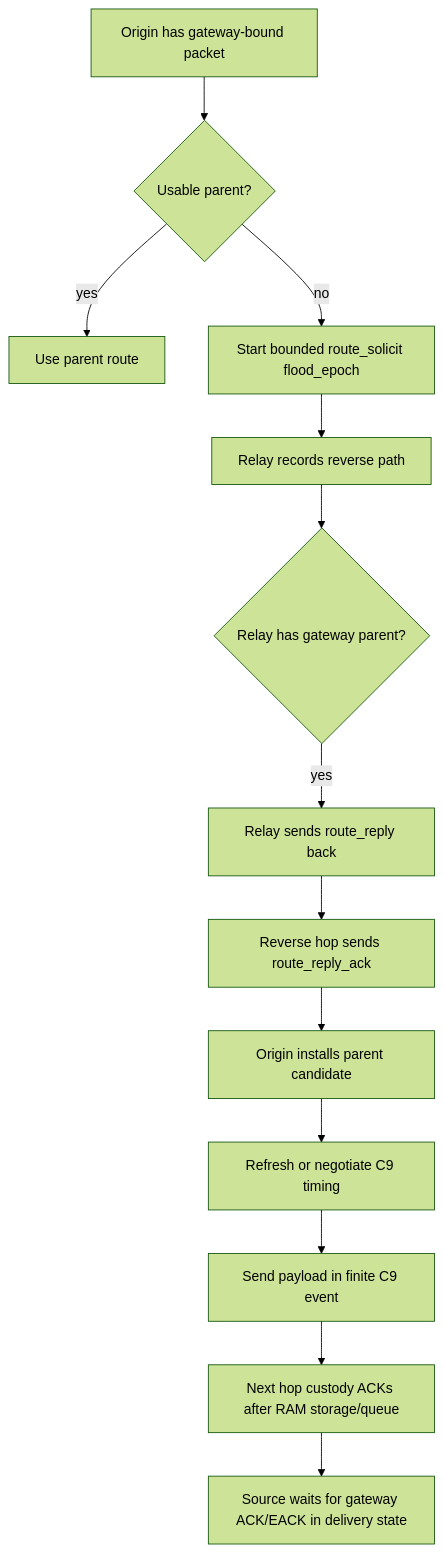
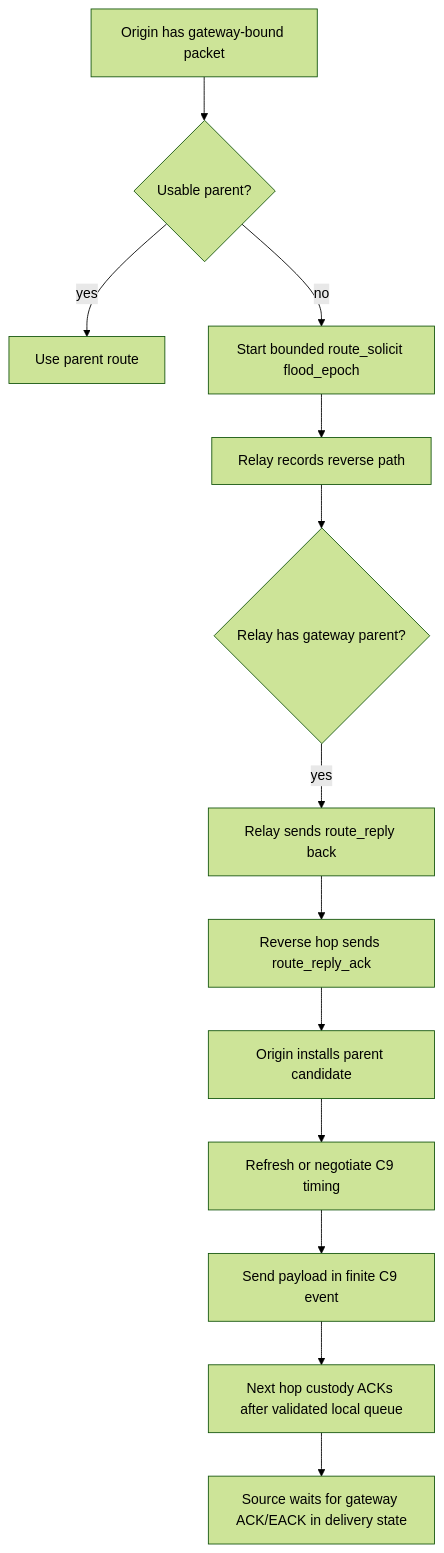
The second of 3 diagrams in Documentation/Mesh Protocol Detailed Flow.md (Jubliano-sama/IMEC2), drawn with Mermaid (forest theme) before and after one commit. The commit also changed other lines of this file and 9 other files, not shown here.

````diff
--- a/Documentation/Mesh Protocol Detailed Flow.md
+++ b/Documentation/Mesh Protocol Detailed Flow.md
@@ -477,15 +490,15 @@
 ```mermaid
 flowchart TD
     A[Origin has gateway-bound packet] --> B{Usable parent?}
     B -- yes --> C[Use parent route]
     B -- no --> D[Start bounded route_solicit flood_epoch]
     D --> E[Relay records reverse path]
     E --> F{Relay has gateway parent?}
     F -- yes --> G[Relay sends route_reply back]
     G --> H[Reverse hop sends route_reply_ack]
     H --> I[Origin installs parent candidate]
     I --> J[Refresh or negotiate C9 timing]
     J --> K[Send payload in finite C9 event]
-    K --> L[Next hop custody ACKs after RAM storage/queue]
+    K --> L[Next hop custody ACKs after validated local queue]
     L --> M[Source waits for gateway ACK/EACK in delivery state]
 ```
````
